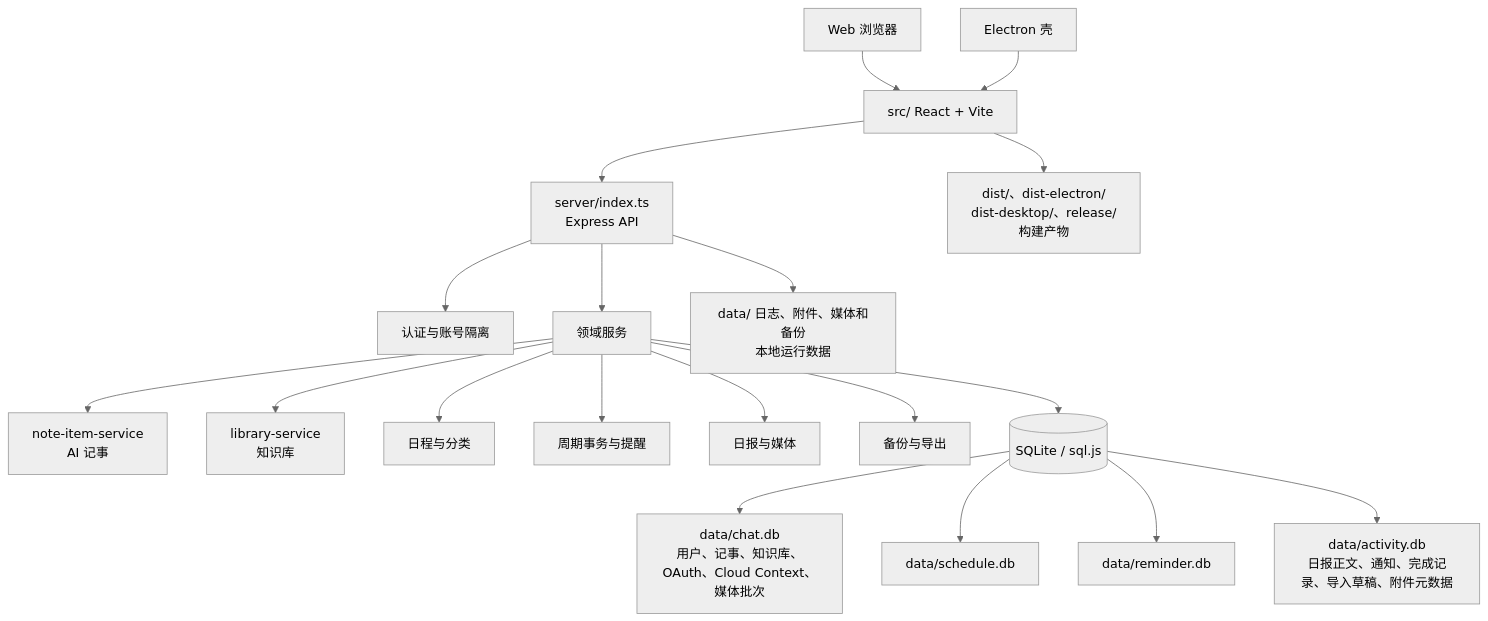
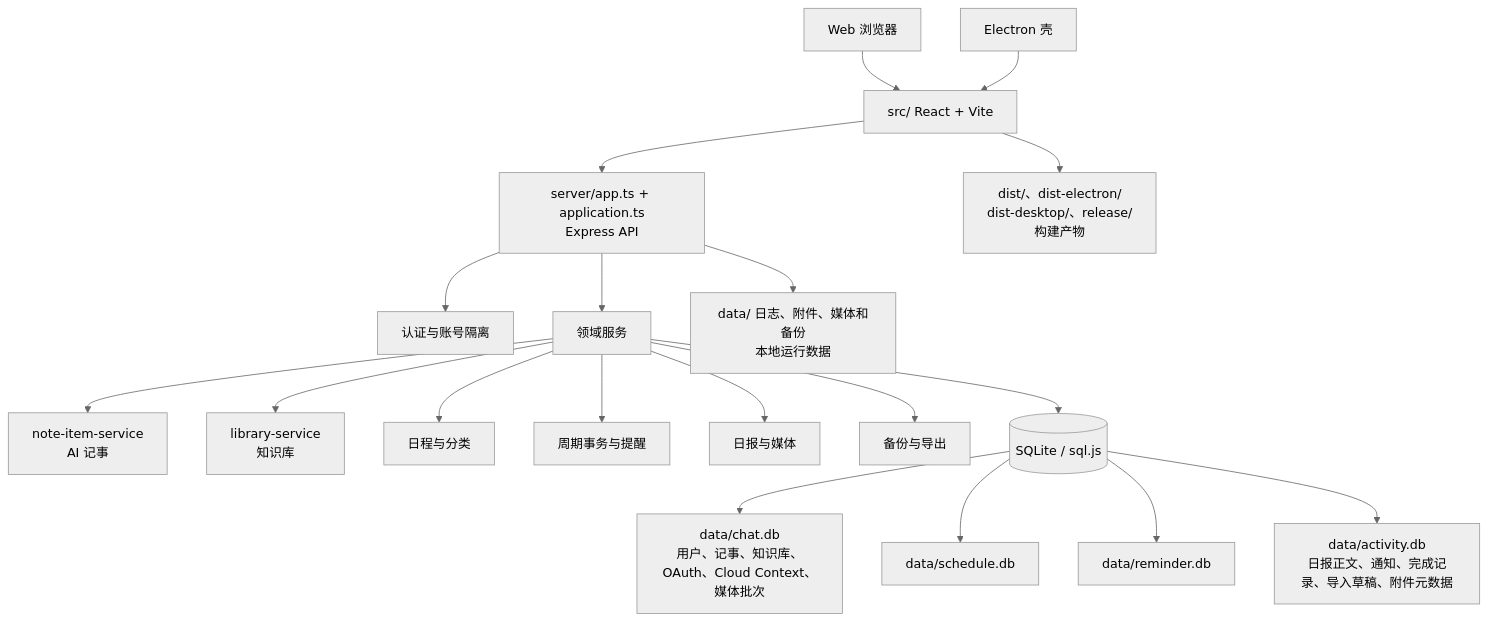
Before and after one commit to T1mothyS/smart-schedule-agent: the first of 2 diagrams in PROJECT-MAP.md, drawn with Mermaid (neutral theme). The commit also changed other lines of this file and 4 other files, not shown here.

Commit message:
docs: record phase 4 architecture and verification for 0.21.3

````diff
--- a/PROJECT-MAP.md
+++ b/PROJECT-MAP.md
@@ -23,21 +23,21 @@
 ```mermaid
 flowchart TD
     Browser[Web 浏览器] --> React[src/ React + Vite]
     Electron[Electron 壳] --> React
-    React --> API[server/index.ts\nExpress API]
+    React --> API[server/app.ts + application.ts\nExpress API]
     API --> Auth[认证与账号隔离]
     API --> Domains[领域服务]
     Domains --> Notes[note-item-service\nAI 记事]
     Domains --> Library[library-service\n知识库]
     Domains --> Calendar[日程与分类]
     Domains --> Reminders[周期事务与提醒]
     Domains --> Reports[日报与媒体]
     Domains --> Backup[备份与导出]
     Domains --> DB[(SQLite / sql.js)]
     DB --> ChatDB[data/chat.db\n用户、记事、知识库、OAuth、Cloud Context、媒体批次]
     DB --> ScheduleDB[data/schedule.db]
     DB --> ReminderDB[data/reminder.db]
     DB --> ActivityDB[data/activity.db\n日报正文、通知、完成记录、导入草稿、附件元数据]
     API --> Runtime[data/ 日志、附件、媒体和备份\n本地运行数据]
     React --> Generated[dist/、dist-electron/\ndist-desktop/、release/\n构建产物]
 ```
````
